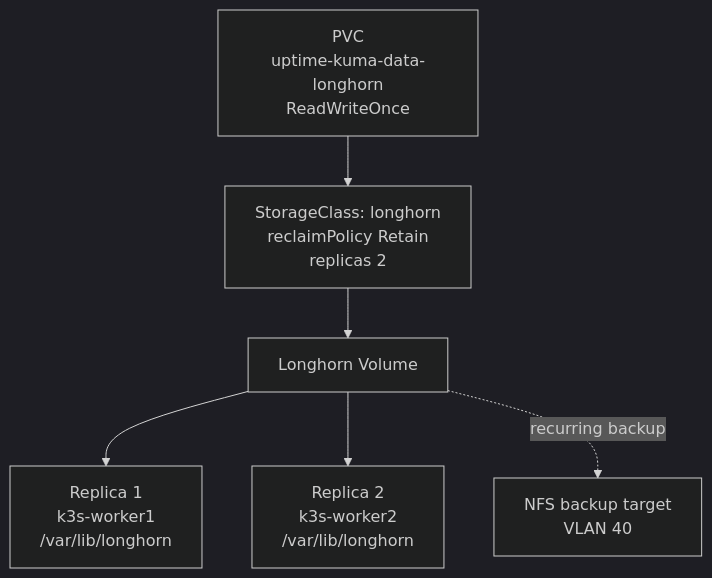
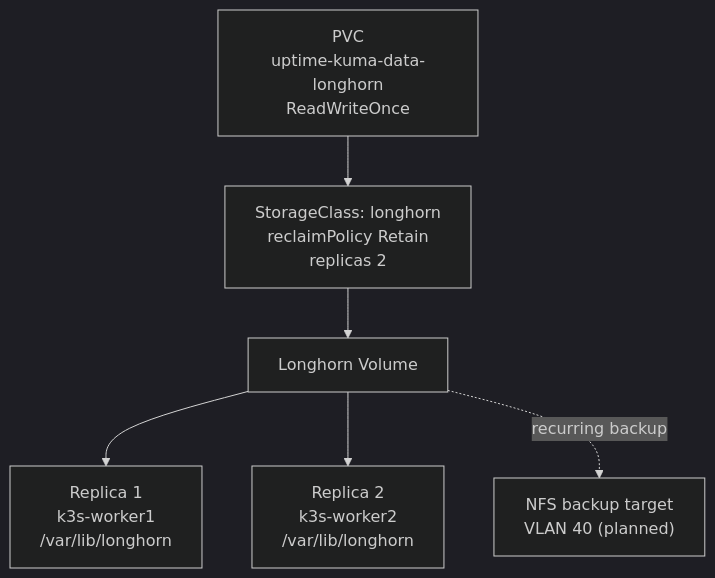
One commit to KFlowers483/homelab changed the third of 3 diagrams in docs/architecture.md. Above: the diagram before and after it, drawn with Mermaid (dark theme). The commit also changed other lines of this file and 3 other files, not shown here.

````diff
--- a/docs/architecture.md
+++ b/docs/architecture.md
@@ -78,15 +83,15 @@
 ```mermaid
 flowchart TB
     PVC["PVC<br/>uptime-kuma-data-longhorn<br/>ReadWriteOnce"]
     SC["StorageClass: longhorn<br/>reclaimPolicy Retain<br/>replicas 2"]
     VOL["Longhorn Volume"]
     R1["Replica 1<br/>k3s-worker1<br/>/var/lib/longhorn"]
     R2["Replica 2<br/>k3s-worker2<br/>/var/lib/longhorn"]
-    BAK["NFS backup target<br/>VLAN 40"]
+    BAK["NFS backup target<br/>VLAN 40 (planned)"]
 
     PVC --> SC
     SC --> VOL
     VOL --> R1
     VOL --> R2
     VOL -.->|"recurring backup"| BAK
 ```
````
